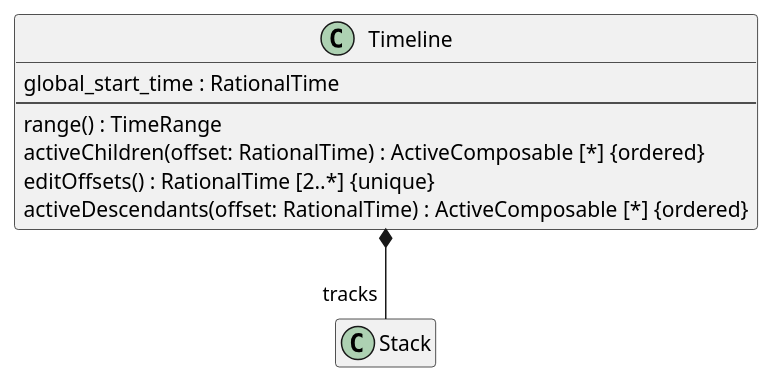
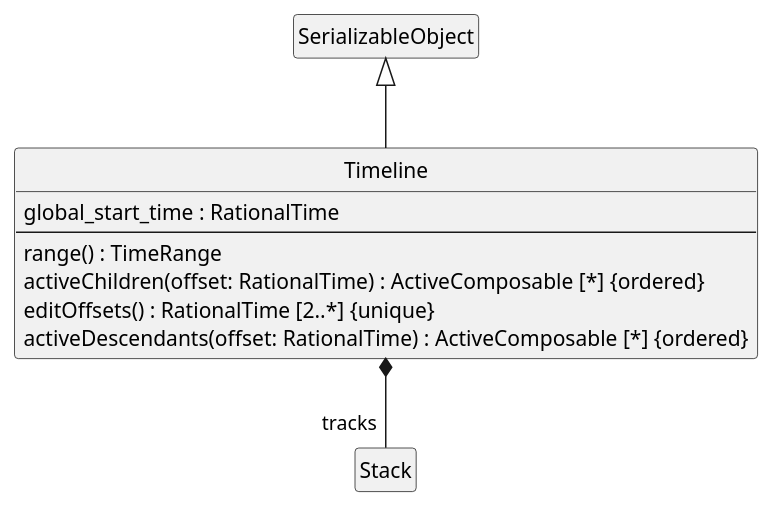
One commit to sandflow/otio-core-specification changed the seventh of 34 diagrams in src/main/md/otio-core.md. Above: the diagram before and after it, drawn with PlantUML. The commit also changed other lines of this file, not shown here.

Commit message:
Improve class diagrams and document conventions (#13)

````diff
--- a/src/main/md/otio-core.md
+++ b/src/main/md/otio-core.md
@@ -222,20 +287,21 @@
 ```puml
 @startuml
 hide empty members
+hide circle
 skinparam classAttributeIconSize 0
 
 class Timeline {
   global_start_time : RationalTime
   --
   range() : TimeRange
   activeChildren(offset: RationalTime) : ActiveComposable [*] {ordered}
   editOffsets() : RationalTime [2..*] {unique}
   activeDescendants(offset: RationalTime) : ActiveComposable [*] {ordered}
 }
 
-class Timeline
+SerializableObject <|-- Timeline
 
 Timeline *-- "tracks" Stack
 
 @enduml
 ```
````
